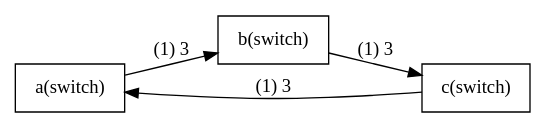
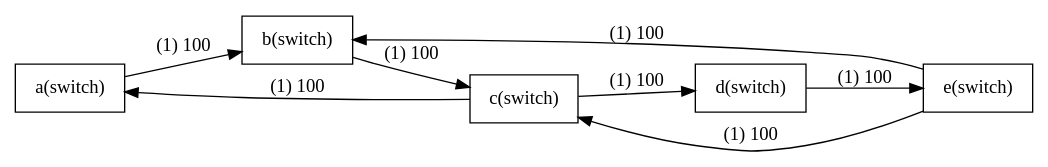
One commit to plusline/2019-spring-gt changed the diagram in plot.dot. Above: the diagram before and after it, drawn with Graphviz. The commit also changed 4 other files, not shown here.

```diff
--- a/plot.dot
+++ b/plot.dot
@@ -1,15 +1,27 @@
 digraph G{
 rankdir=LR;
 node [shape=record];
 
 a [label="a(switch)"];
 b [label="b(switch)"];
-a->b[label="(1) 3"];
+a->b[label="(1) 100"];
 b [label="b(switch)"];
 c [label="c(switch)"];
-b->c[label="(1) 3"];
+b->c[label="(1) 100"];
+e [label="e(switch)"];
+b [label="b(switch)"];
+e->b[label="(1) 100"];
 c [label="c(switch)"];
 a [label="a(switch)"];
-c->a[label="(1) 3"];
+c->a[label="(1) 100"];
+e [label="e(switch)"];
+c [label="c(switch)"];
+e->c[label="(1) 100"];
+d [label="d(switch)"];
+e [label="e(switch)"];
+d->e[label="(1) 100"];
+c [label="c(switch)"];
+d [label="d(switch)"];
+c->d[label="(1) 100"];
 
 }
```
